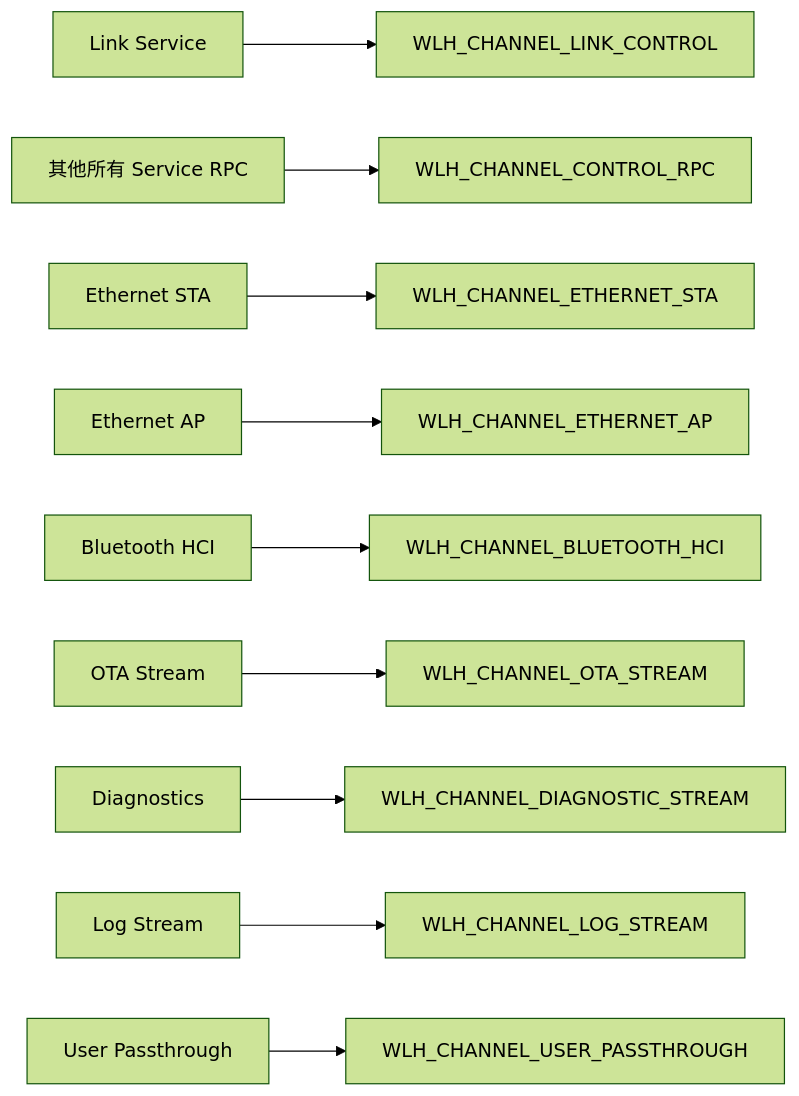
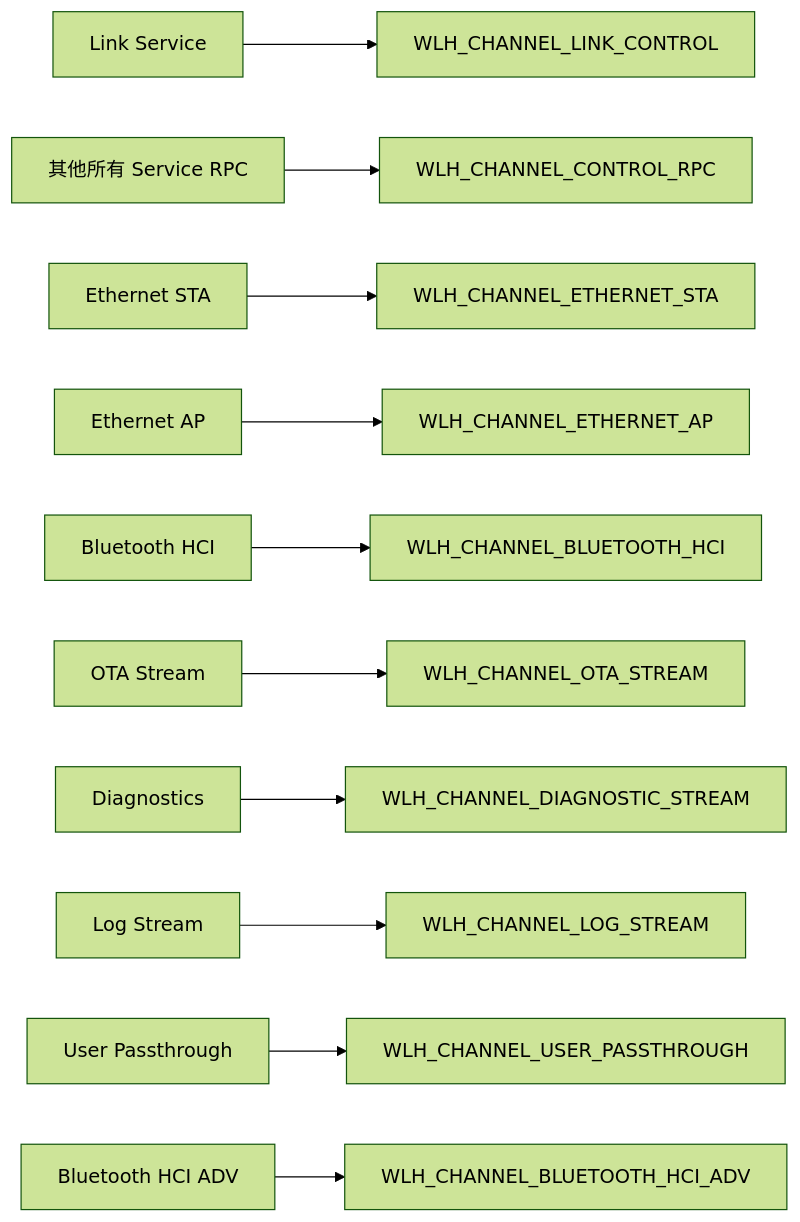
The first of 2 diagrams in doc/wire_protocol_usage.md (WL-hosted/wl-hosted-core), drawn with Mermaid (forest theme) before and after one commit. The commit also changed 6 other files, not shown here.

First line of the commit message:
docs(core): update architecture and integration docs for Bluetooth HCI_ADV channel

````diff
--- a/doc/wire_protocol_usage.md
+++ b/doc/wire_protocol_usage.md
@@ -131,12 +131,13 @@
 ```mermaid
 flowchart LR
     Link["Link Service"] --> C0["WLH_CHANNEL_LINK_CONTROL"]
     RPC["其他所有 Service RPC"] --> C1["WLH_CHANNEL_CONTROL_RPC"]
     EthSTA["Ethernet STA"] --> C2["WLH_CHANNEL_ETHERNET_STA"]
     EthAP["Ethernet AP"] --> C3["WLH_CHANNEL_ETHERNET_AP"]
     HCI["Bluetooth HCI"] --> C4["WLH_CHANNEL_BLUETOOTH_HCI"]
     OTA["OTA Stream"] --> C5["WLH_CHANNEL_OTA_STREAM"]
     Diag["Diagnostics"] --> C6["WLH_CHANNEL_DIAGNOSTIC_STREAM"]
     Log["Log Stream"] --> C7["WLH_CHANNEL_LOG_STREAM"]
     User["User Passthrough"] --> C8["WLH_CHANNEL_USER_PASSTHROUGH"]
+    HCIAdv["Bluetooth HCI ADV"] --> C9["WLH_CHANNEL_BLUETOOTH_HCI_ADV"]
 ```
````
